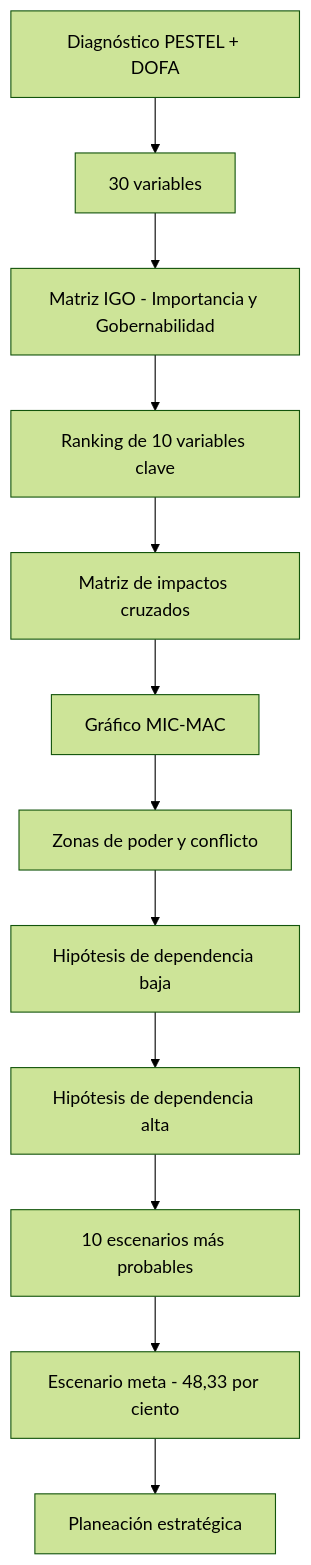
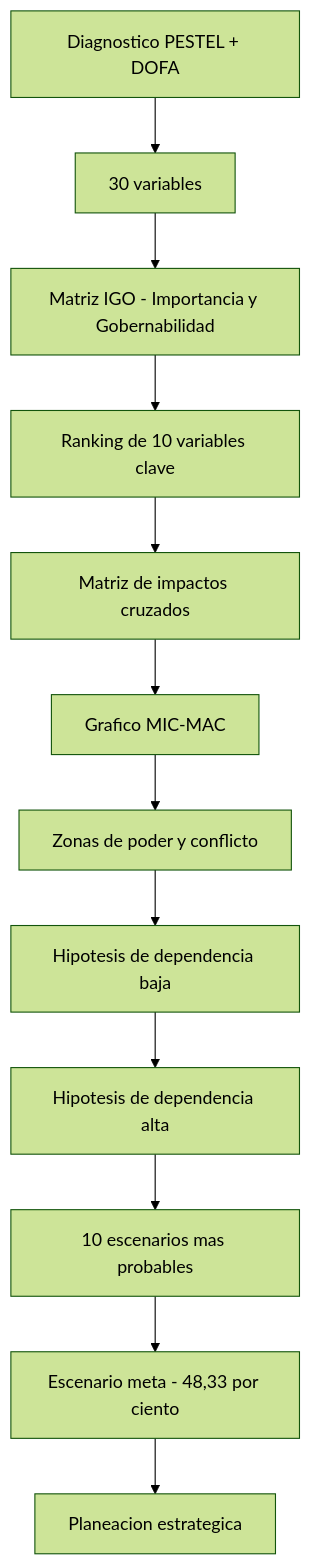
One commit to AlejoTechEngineer/imaginamos-2036-prospectiva-igo-micmac-escenario-meta changed the second of 2 diagrams in README.md. Above: the diagram before and after it, drawn with Mermaid (forest theme). The commit also changed other lines of this file, not shown here.

Commit message:
docs: rediseño del README con badges, tablas y diagramas

````diff
--- a/README.md
+++ b/README.md
@@ -40,14 +142,14 @@
 ```mermaid
 flowchart TD
-    A[Diagnóstico PESTEL + DOFA] --> B[30 variables]
+    A[Diagnostico PESTEL + DOFA] --> B[30 variables]
     B --> C[Matriz IGO - Importancia y Gobernabilidad]
     C --> D[Ranking de 10 variables clave]
     D --> E[Matriz de impactos cruzados]
-    E --> F[Gráfico MIC-MAC]
+    E --> F[Grafico MIC-MAC]
     F --> G[Zonas de poder y conflicto]
-    G --> H[Hipótesis de dependencia baja]
-    H --> I[Hipótesis de dependencia alta]
-    I --> J[10 escenarios más probables]
+    G --> H[Hipotesis de dependencia baja]
+    H --> I[Hipotesis de dependencia alta]
+    I --> J[10 escenarios mas probables]
     J --> K[Escenario meta - 48,33 por ciento]
-    K --> L[Planeación estratégica]
+    K --> L[Planeacion estrategica]
 ```
````
